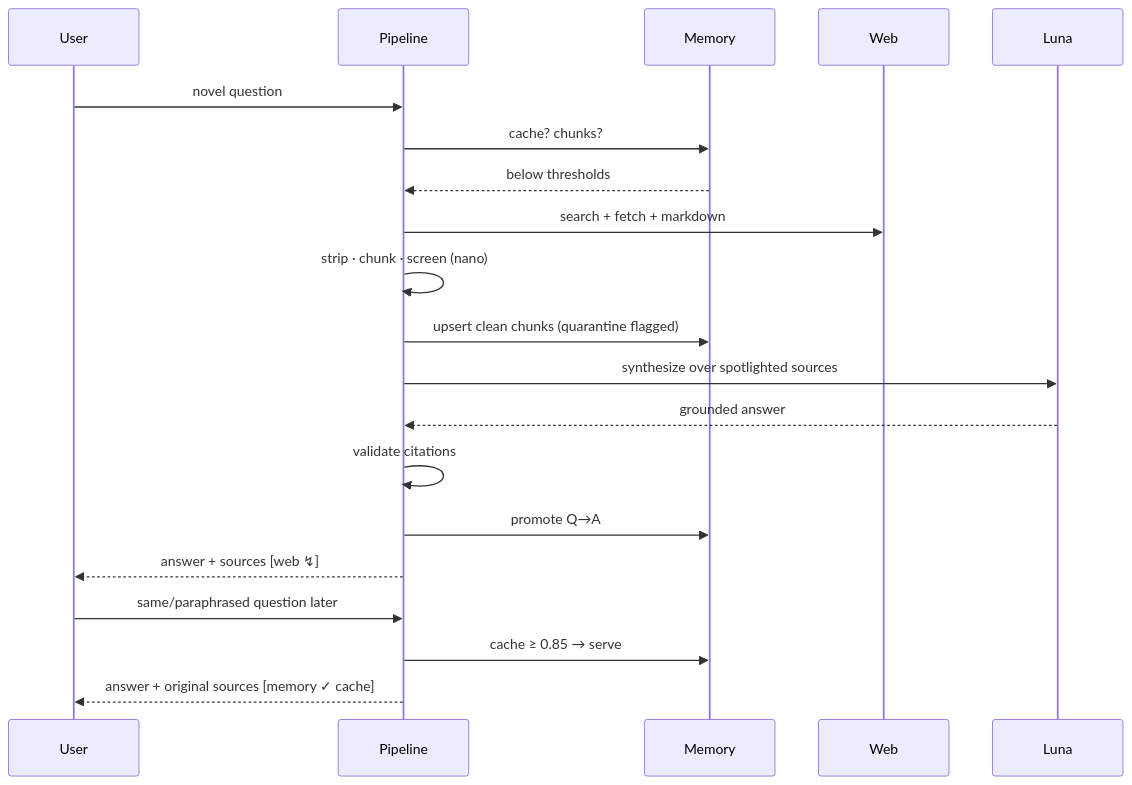
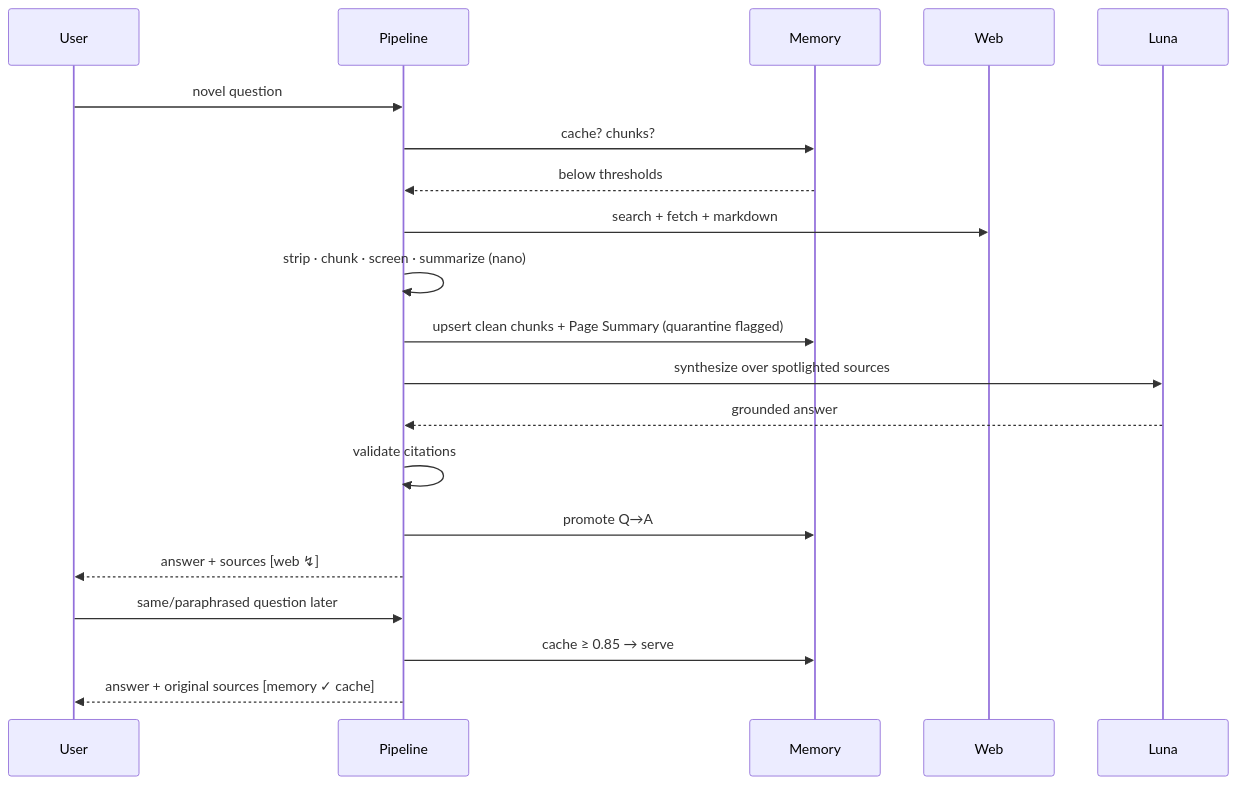
The third of 3 diagrams in docs/SAD.md (vadjs/memory-first-agent), drawn with Mermaid before and after one commit. The commit also changed other lines of this file and 10 other files, not shown here.

````diff
--- a/docs/SAD.md
+++ b/docs/SAD.md
@@ -66,22 +66,22 @@
 ```mermaid
 sequenceDiagram
     participant U as User
     participant P as Pipeline
     participant M as Memory
     participant W as Web
     participant L as Luna
     U->>P: novel question
     P->>M: cache? chunks?
     M-->>P: below thresholds
     P->>W: search + fetch + markdown
-    P->>P: strip · chunk · screen (nano)
-    P->>M: upsert clean chunks (quarantine flagged)
+    P->>P: strip · chunk · screen · summarize (nano)
+    P->>M: upsert clean chunks + Page Summary (quarantine flagged)
     P->>L: synthesize over spotlighted sources
     L-->>P: grounded answer
     P->>P: validate citations
     P->>M: promote Q→A
     P-->>U: answer + sources [web ↯]
     U->>P: same/paraphrased question later
     P->>M: cache ≥ 0.85 → serve
     P-->>U: answer + original sources [memory ✓ cache]
 ```
````
